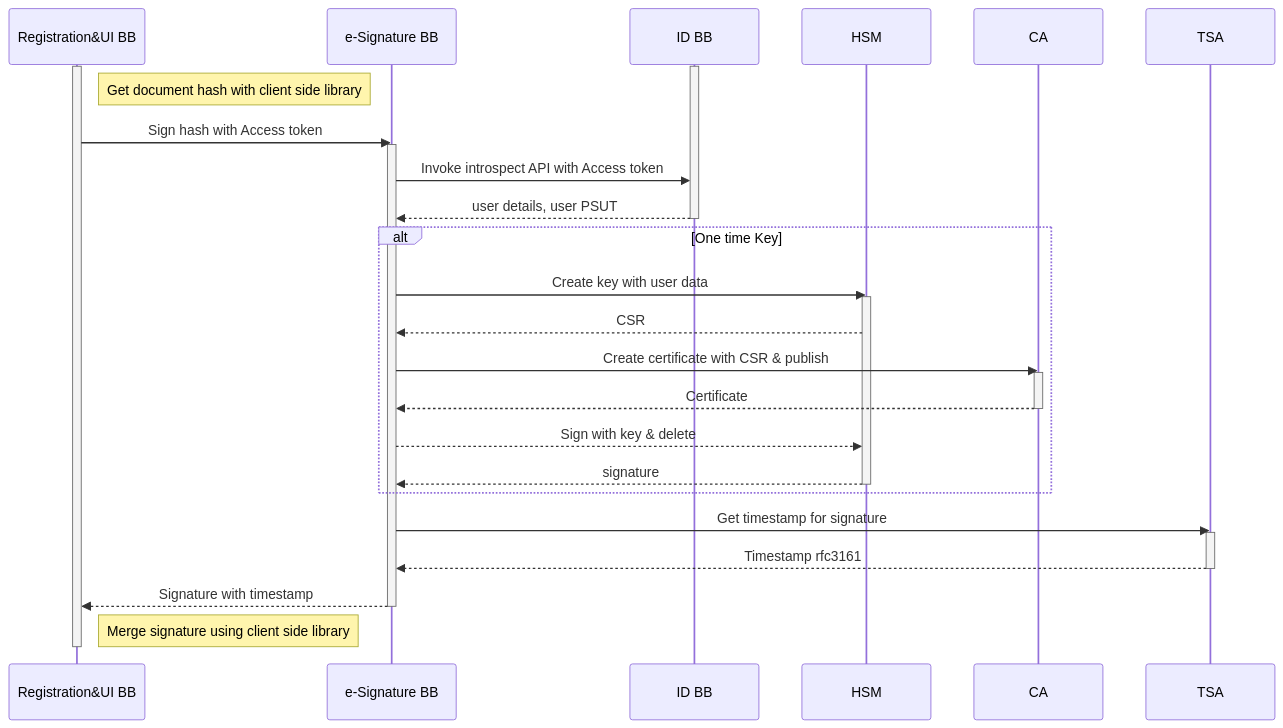
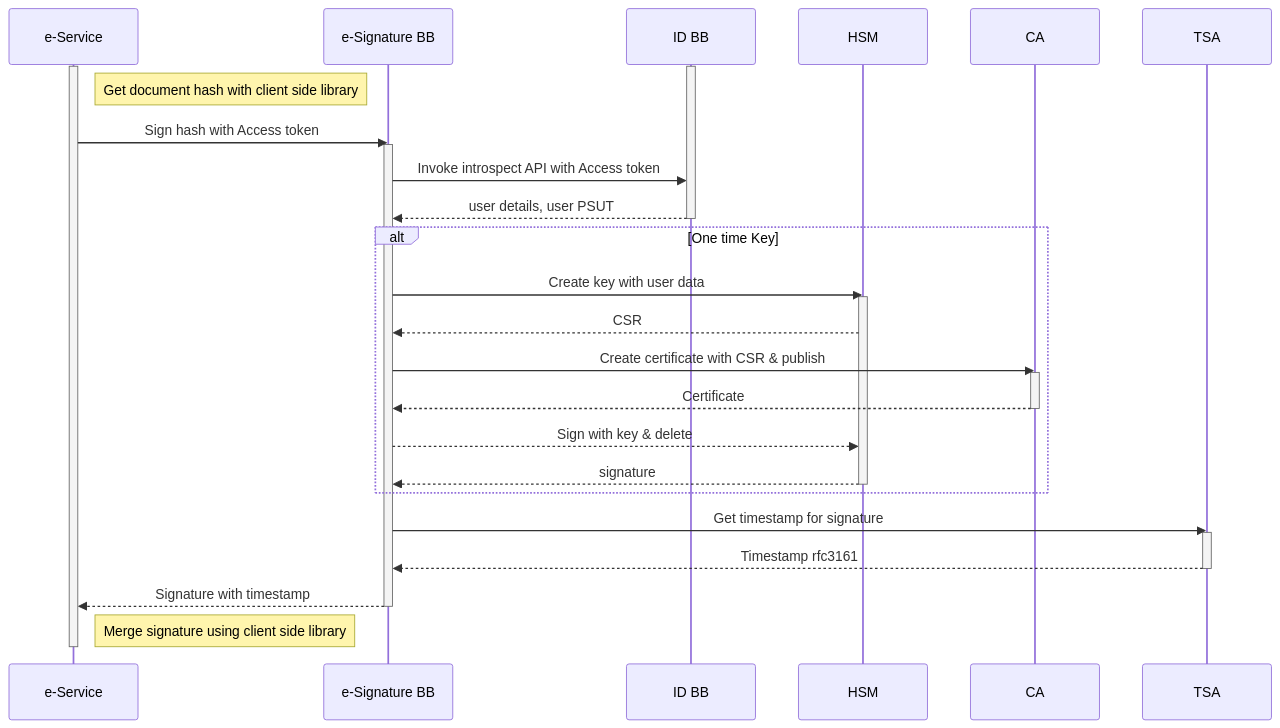
Before and after one commit to GovStackWorkingGroup/bb-esignature: the first of 3 diagrams in spec/9-workflows.md, drawn with Mermaid. The commit also changed other lines of this file, not shown here.

````diff
--- a/spec/9-workflows.md
+++ b/spec/9-workflows.md
@@ -23,32 +23,32 @@
 ```mermaid
 sequenceDiagram
     activate ID BB
-    activate Registration&UI BB
-    Note right of Registration&UI BB: Get document hash with client side library
-    Registration&UI BB->>e-Signature BB: Sign hash with Access token
+    activate e-Service
+    Note right of e-Service: Get document hash with client side library
+    e-Service->>e-Signature BB: Sign hash with Access token
     activate e-Signature BB
     e-Signature BB->>ID BB: Invoke introspect API with Access token
     ID BB-->>e-Signature BB: user details, user PSUT
     deactivate ID BB
     alt One time Key
     e-Signature BB->>HSM: Create key with user data
     activate HSM
     HSM-->>e-Signature BB: CSR
     e-Signature BB->>CA: Create certificate with CSR & publish
     activate CA
     CA-->>e-Signature BB: Certificate
     deactivate CA
     e-Signature BB-->>HSM: Sign with key & delete
     HSM-->>e-Signature BB: signature
     deactivate HSM
     end
     e-Signature BB->>TSA: Get timestamp for signature
     activate TSA
     TSA-->>e-Signature BB: Timestamp rfc3161
     deactivate TSA
-    e-Signature BB-->>Registration&UI BB: Signature with timestamp
+    e-Signature BB-->>e-Service: Signature with timestamp
     deactivate e-Signature BB
-    Note right of Registration&UI BB: Merge signature using client side library
-    deactivate Registration&UI BB
+    Note right of e-Service: Merge signature using client side library
+    deactivate e-Service
 
 ```
````
